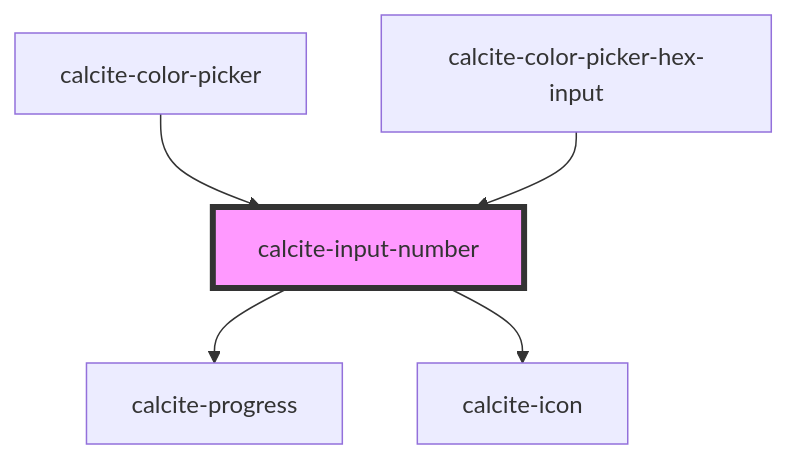
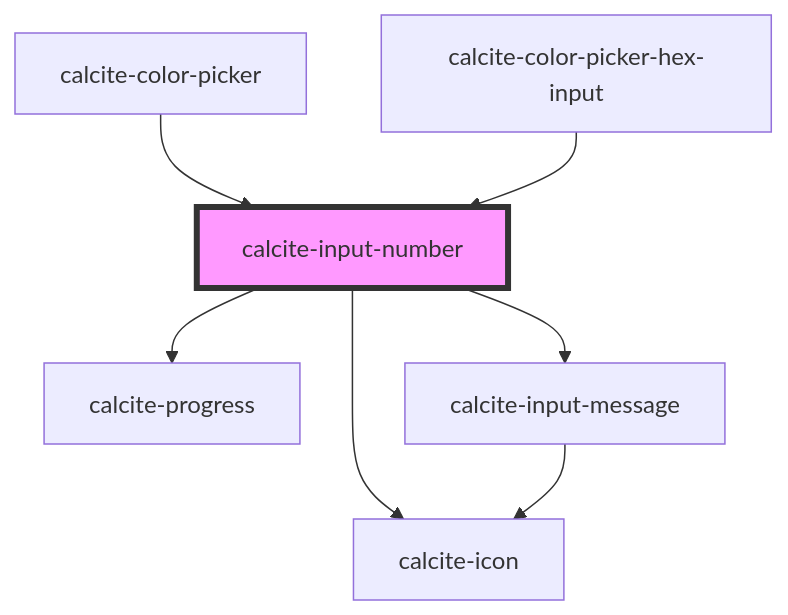
One commit to vikivakarvc/calcite-design-system changed the diagram in packages/calcite-components/src/components/input-number/readme.md. Above: the diagram before and after it, drawn with Mermaid. The commit also changed other lines of this file and 64 other files, not shown here.

````diff
--- a/packages/calcite-components/src/components/input-number/readme.md
+++ b/packages/calcite-components/src/components/input-number/readme.md
@@ -106,8 +109,10 @@
 ```mermaid
 graph TD;
   calcite-input-number --> calcite-progress
   calcite-input-number --> calcite-icon
+  calcite-input-number --> calcite-input-message
+  calcite-input-message --> calcite-icon
   calcite-color-picker --> calcite-input-number
   calcite-color-picker-hex-input --> calcite-input-number
   style calcite-input-number fill:#f9f,stroke:#333,stroke-width:4px
 ```
````
